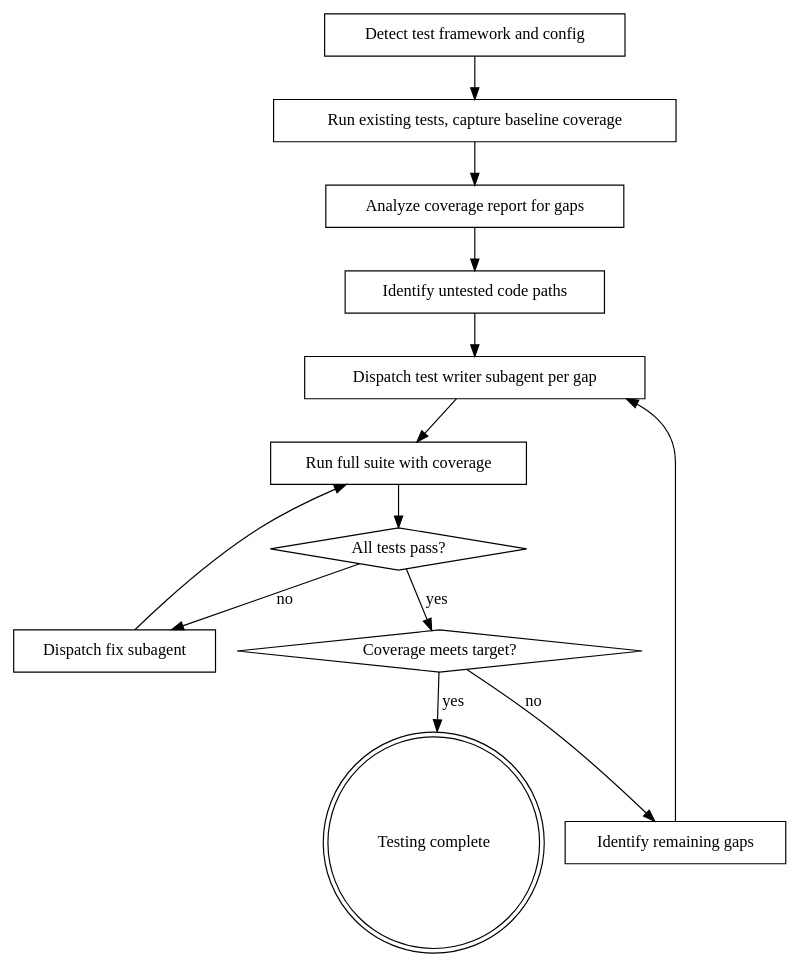
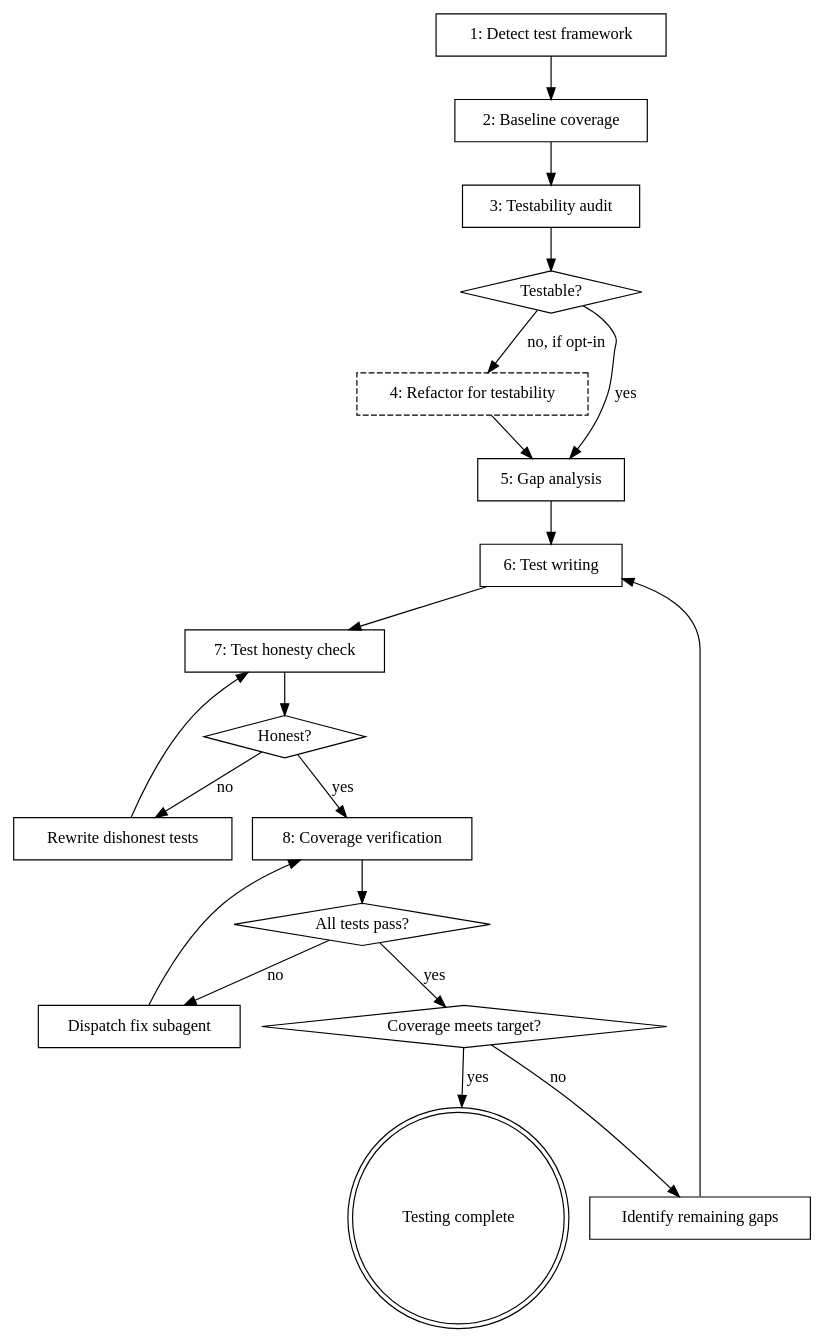
One commit to hybriden/shipwright changed the diagram in skills/auto-test/SKILL.md. Above: the diagram before and after it, drawn with Graphviz. The commit also changed other lines of this file and 14 other files, not shown here.

````diff
--- a/skills/auto-test/SKILL.md
+++ b/skills/auto-test/SKILL.md
@@ -32,29 +32,41 @@
 ```dot
 digraph auto_test {
     rankdir=TB;
-    "Detect test framework and config" [shape=box];
-    "Run existing tests, capture baseline coverage" [shape=box];
-    "Analyze coverage report for gaps" [shape=box];
-    "Identify untested code paths" [shape=box];
-    "Dispatch test writer subagent per gap" [shape=box];
-    "Run full suite with coverage" [shape=box];
+    "1: Detect test framework" [shape=box];
+    "2: Baseline coverage" [shape=box];
+    "3: Testability audit" [shape=box];
+    "Testable?" [shape=diamond];
+    "4: Refactor for testability" [shape=box, style=dashed];
+    "5: Gap analysis" [shape=box];
+    "6: Test writing" [shape=box];
+    "7: Test honesty check" [shape=box];
+    "Honest?" [shape=diamond];
+    "Rewrite dishonest tests" [shape=box];
+    "8: Coverage verification" [shape=box];
+    "All tests pass?" [shape=diamond];
+    "Dispatch fix subagent" [shape=box];
     "Coverage meets target?" [shape=diamond];
     "Identify remaining gaps" [shape=box];
-    "All tests pass?" [shape=diamond];
-    "Dispatch fix subagent" [shape=box];
     "Testing complete" [shape=doublecircle];
 
-    "Detect test framework and config" -> "Run existing tests, capture baseline coverage";
-    "Run existing tests, capture baseline coverage" -> "Analyze coverage report for gaps";
-    "Analyze coverage report for gaps" -> "Identify untested code paths";
-    "Identify untested code paths" -> "Dispatch test writer subagent per gap";
-    "Dispatch test writer subagent per gap" -> "Run full suite with coverage";
-    "Run full suite with coverage" -> "All tests pass?";
+    "1: Detect test framework" -> "2: Baseline coverage";
+    "2: Baseline coverage" -> "3: Testability audit";
+    "3: Testability audit" -> "Testable?" ;
+    "Testable?" -> "5: Gap analysis" [label="yes"];
+    "Testable?" -> "4: Refactor for testability" [label="no, if opt-in"];
+    "4: Refactor for testability" -> "5: Gap analysis";
+    "5: Gap analysis" -> "6: Test writing";
+    "6: Test writing" -> "7: Test honesty check";
+    "7: Test honesty check" -> "Honest?";
+    "Honest?" -> "8: Coverage verification" [label="yes"];
+    "Honest?" -> "Rewrite dishonest tests" [label="no"];
+    "Rewrite dishonest tests" -> "7: Test honesty check";
+    "8: Coverage verification" -> "All tests pass?";
     "All tests pass?" -> "Dispatch fix subagent" [label="no"];
-    "Dispatch fix subagent" -> "Run full suite with coverage";
+    "Dispatch fix subagent" -> "8: Coverage verification";
     "All tests pass?" -> "Coverage meets target?" [label="yes"];
     "Coverage meets target?" -> "Testing complete" [label="yes"];
     "Coverage meets target?" -> "Identify remaining gaps" [label="no"];
-    "Identify remaining gaps" -> "Dispatch test writer subagent per gap";
+    "Identify remaining gaps" -> "6: Test writing";
 }
 ```
````
